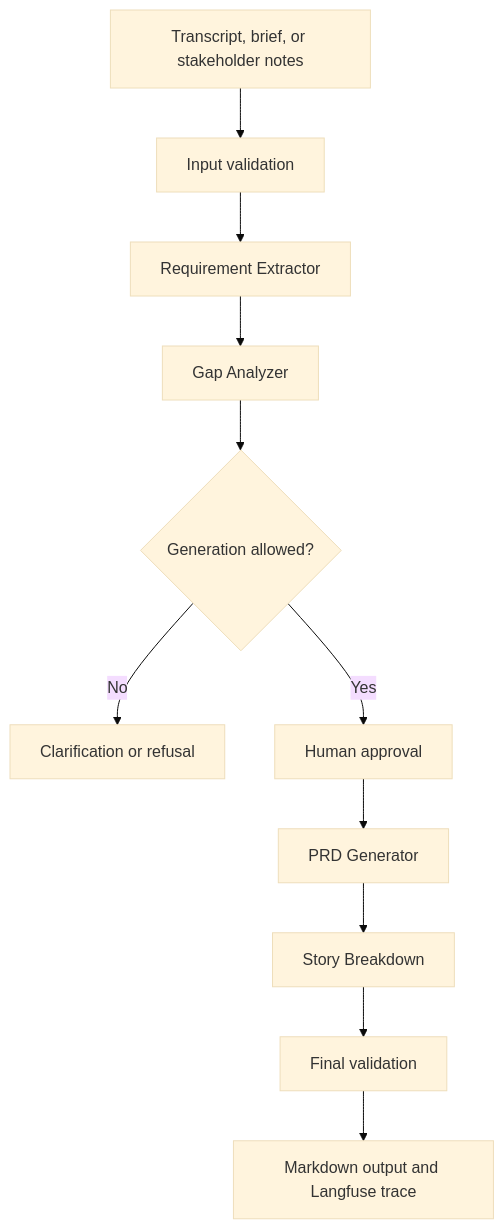
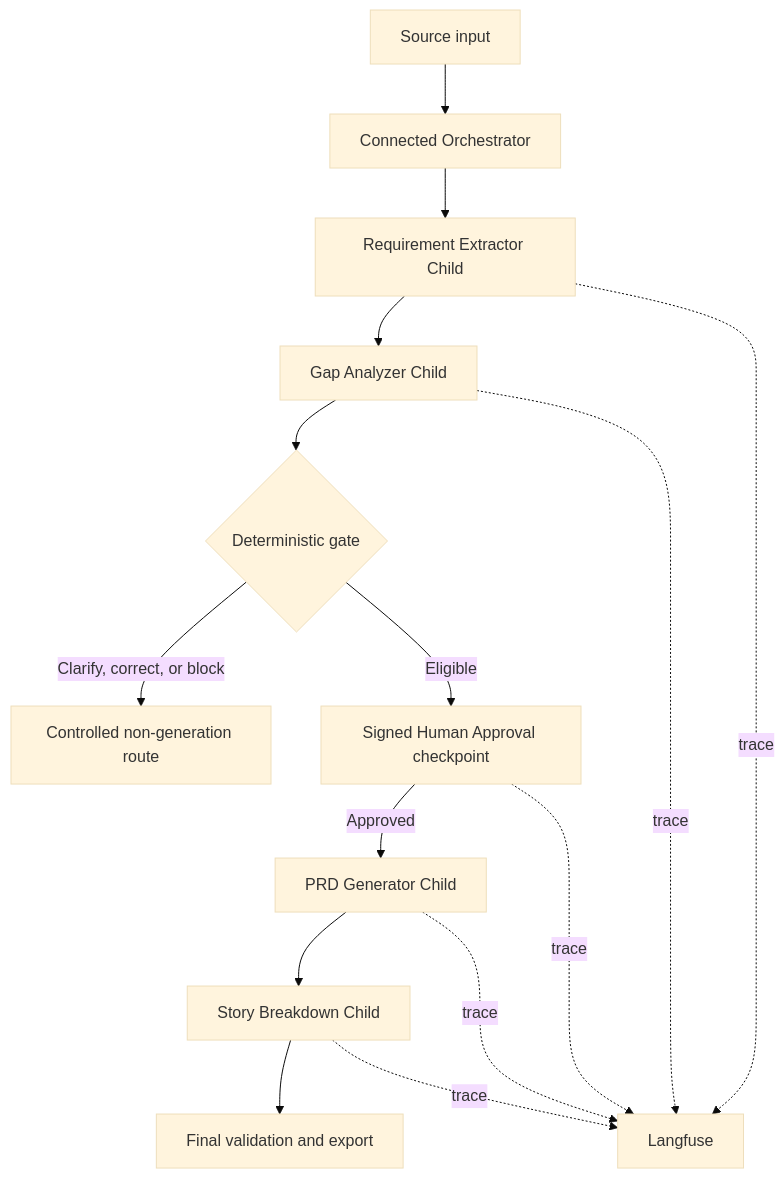
One commit to vppuri-vjra/prd-genie changed the diagram in README.md. Above: the diagram before and after it, drawn with Mermaid (base theme). The commit also changed 2 other files, not shown here.

Commit message:
Update logical architecture for connected workflow

````diff
--- a/README.md
+++ b/README.md
@@ -31,13 +31,17 @@
 ```mermaid
 flowchart TD
-    A[Transcript, brief, or stakeholder notes] --> B[Input validation]
-    B --> C[Requirement Extractor]
-    C --> D[Gap Analyzer]
-    D --> E{Generation allowed?}
-    E -- No --> F[Clarification or refusal]
-    E -- Yes --> G[Human approval]
-    G --> H[PRD Generator]
-    H --> I[Story Breakdown]
-    I --> J[Final validation]
-    J --> K[Markdown output and Langfuse trace]
+    A[Source input] --> B[Connected Orchestrator]
+    B --> C[Requirement Extractor Child]
+    C --> D[Gap Analyzer Child]
+    D --> E{Deterministic gate}
+    E -- Clarify, correct, or block --> F[Controlled non-generation route]
+    E -- Eligible --> G[Signed Human Approval checkpoint]
+    G -- Approved --> H[PRD Generator Child]
+    H --> I[Story Breakdown Child]
+    I --> J[Final validation and export]
+    C -. trace .-> K[Langfuse]
+    D -. trace .-> K
+    G -. trace .-> K
+    H -. trace .-> K
+    I -. trace .-> K
 ```
````
